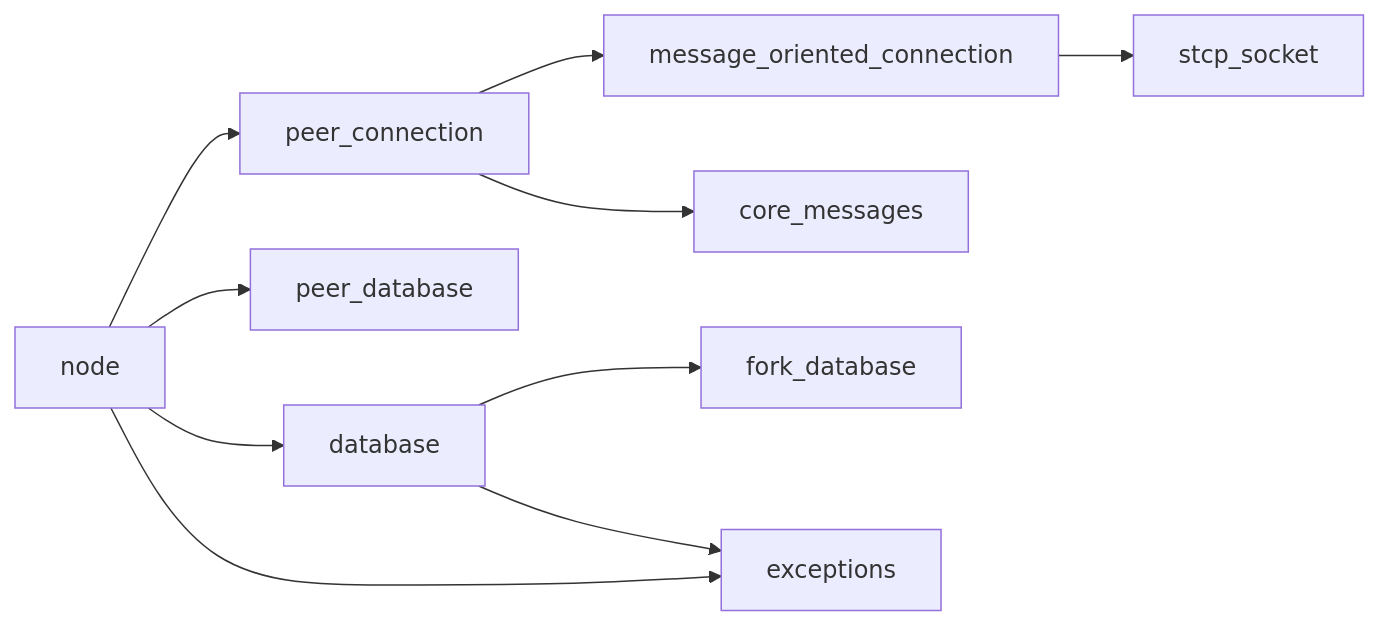
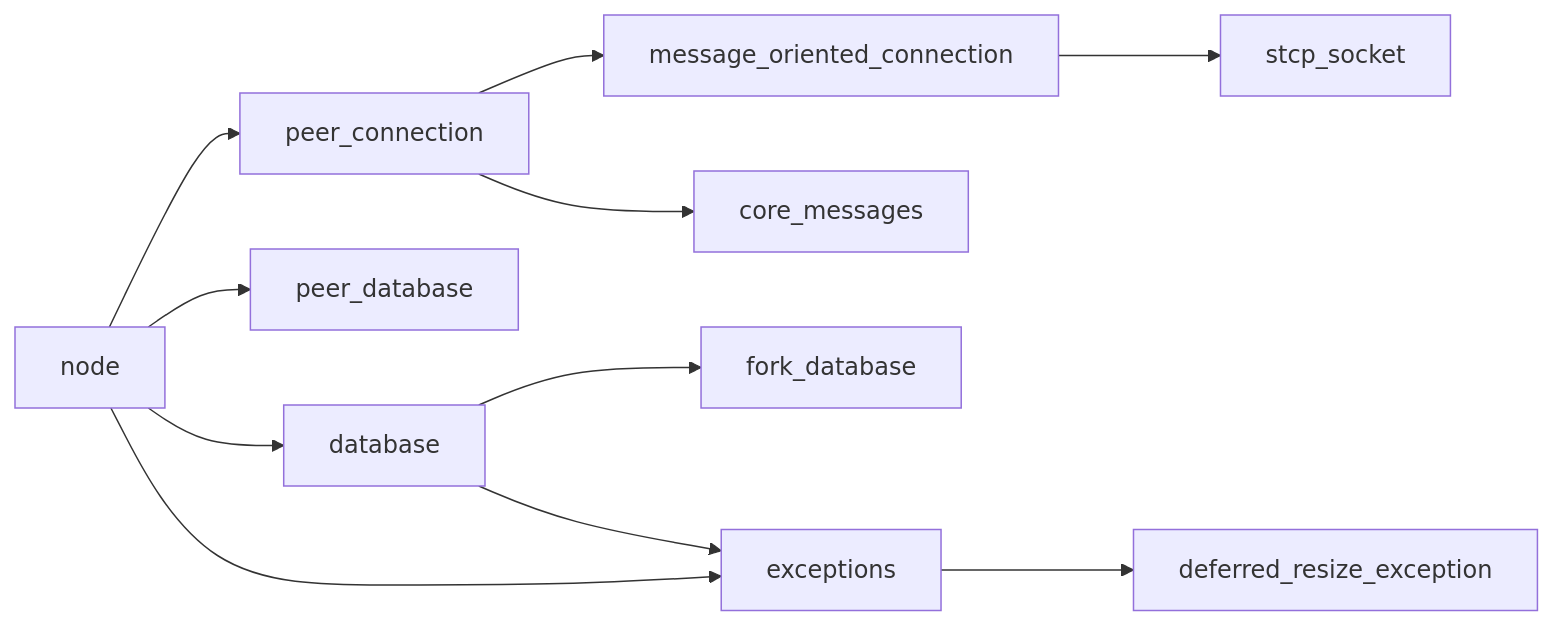
Before and after one commit to VIZ-Blockchain/viz-cpp-node: diagram 11 of 11 in .qoder/repowiki/en/content/Architecture Overview/Core Libraries/Network Library/Peer Connection Management.md, drawn with Mermaid. The commit also changed other lines of this file and 3 other files, not shown here.

````diff
--- a/.qoder/repowiki/en/content/Architecture Overview/Core Libraries/Network Library/Peer Connection Management.md
+++ b/.qoder/repowiki/en/content/Architecture Overview/Core Libraries/Network Library/Peer Connection Management.md
@@ -513,12 +554,13 @@
 ```mermaid
 graph LR
 PC["peer_connection"] --> MOC["message_oriented_connection"]
 MOC --> STCP["stcp_socket"]
 PC --> CM["core_messages"]
 N["node"] --> PC
 N --> PD["peer_database"]
 N --> DB["database"]
 DB --> FD["fork_database"]
 DB --> EX["exceptions"]
 N --> EX
+EX --> DR["deferred_resize_exception"]
 ```
````
